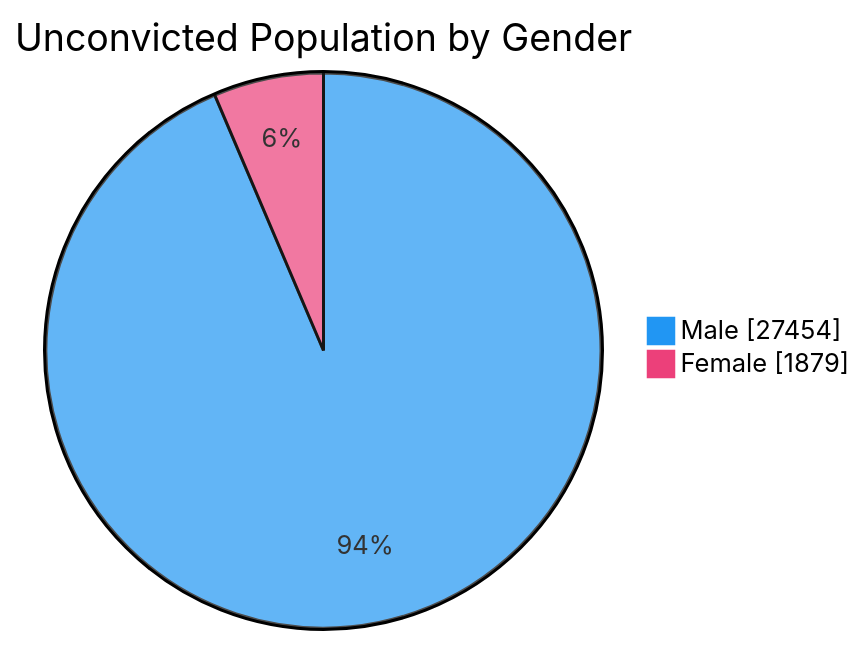
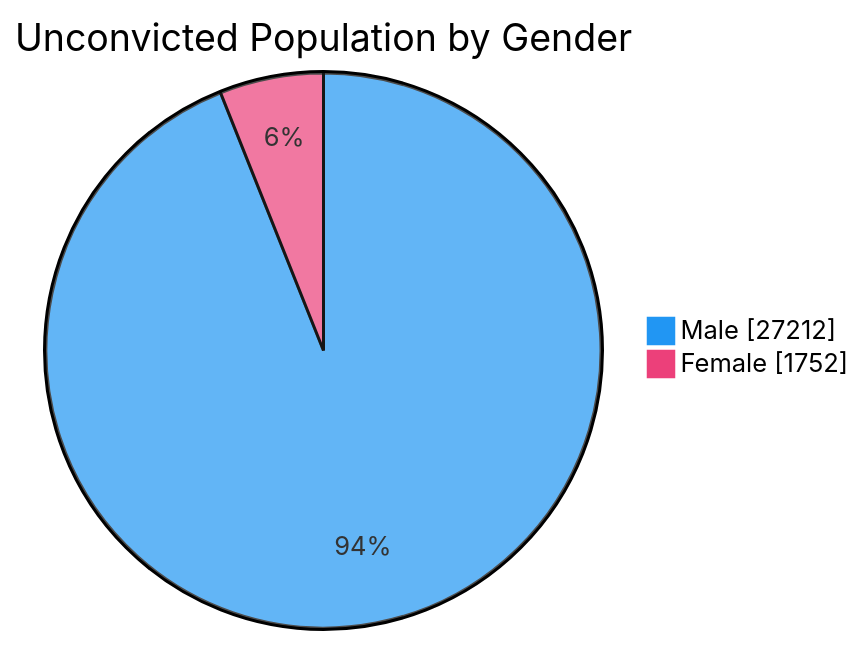
The fourth of 7 diagrams in README.md (nuuuwan/lk_prisons), drawn with Mermaid before and after one commit. The commit also changed other lines of this file and 1 other file, not shown here.

````diff
--- a/README.md
+++ b/README.md
@@ -76,6 +76,6 @@
 ```mermaid
 %%{init: {'themeVariables': {'pie1': '#2196F3', 'pie2': '#EC407A'}}}%%
 pie showData title Unconvicted Population by Gender
-    "Male" : 27454
-    "Female" : 1879
+    "Male" : 27212
+    "Female" : 1752
 ```
````
